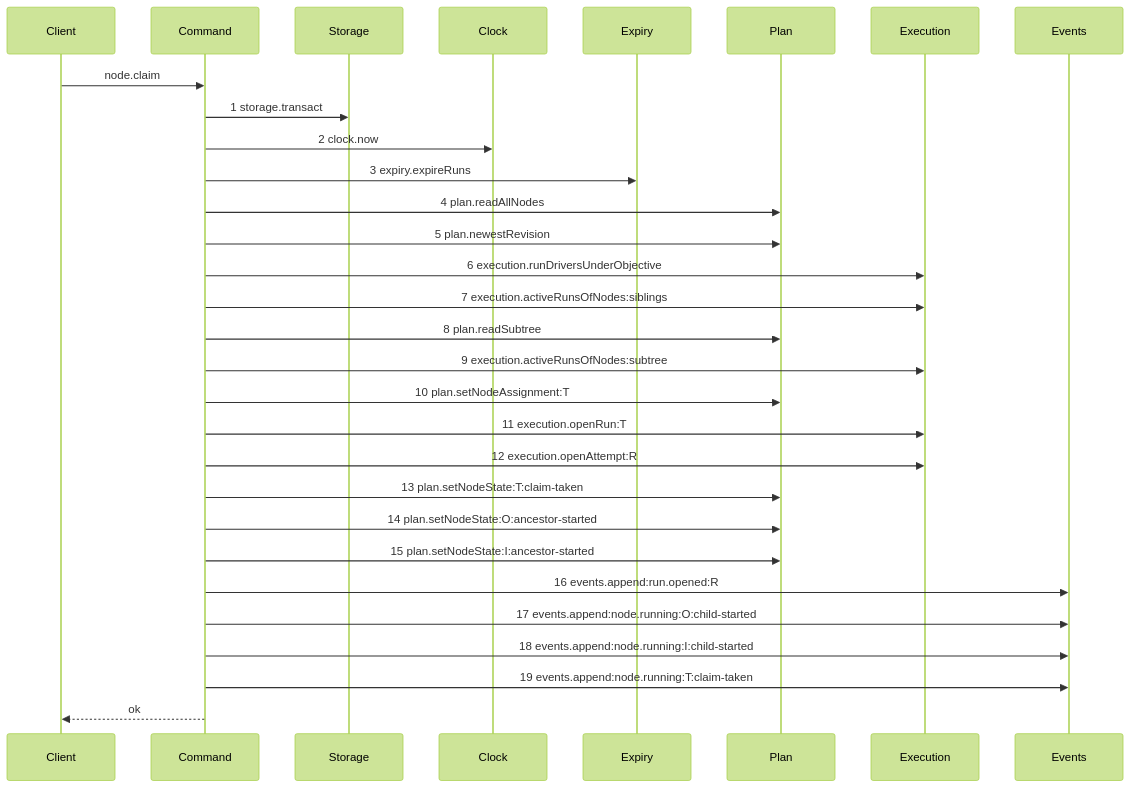
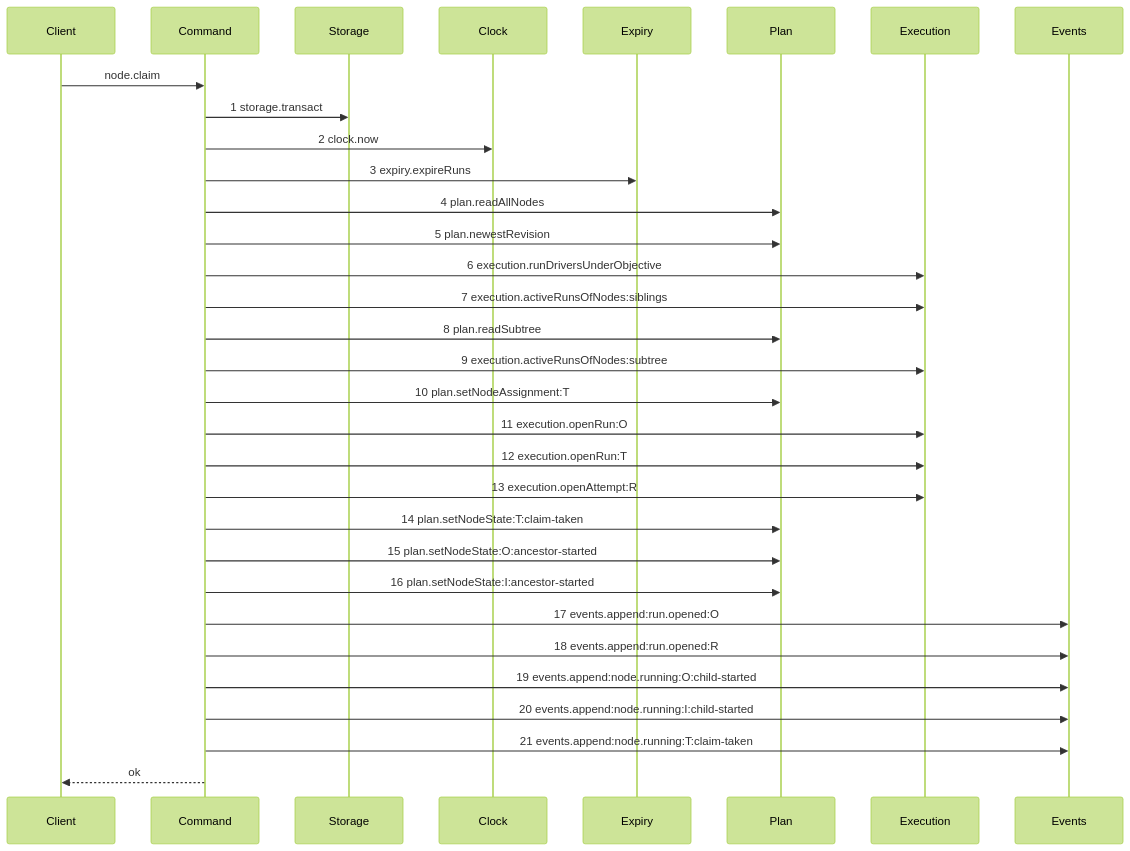
The diagram in .agents/plan/stories/050.4-the-node-lease-removal/01-the-claim-of-a-task-drops-the-lease.md (kanthorlabs/kanthord-engine), drawn with Mermaid (forest theme) before and after one commit. The commit also changed other lines of this file and 150 other files, not shown here.

````diff
--- a/.agents/plan/stories/050.4-the-node-lease-removal/01-the-claim-of-a-task-drops-the-lease.md
+++ b/.agents/plan/stories/050.4-the-node-lease-removal/01-the-claim-of-a-task-drops-the-lease.md
@@ -34,32 +34,34 @@
 ```mermaid
 sequenceDiagram
     participant Client
     participant Command
     participant Storage
     participant Clock
     participant Expiry
     participant Plan
     participant Execution
     participant Events
     Client->>Command: node.claim
     Command->>Storage: 1 storage.transact
     Command->>Clock: 2 clock.now
     Command->>Expiry: 3 expiry.expireRuns
     Command->>Plan: 4 plan.readAllNodes
     Command->>Plan: 5 plan.newestRevision
     Command->>Execution: 6 execution.runDriversUnderObjective
     Command->>Execution: 7 execution.activeRunsOfNodes:siblings
     Command->>Plan: 8 plan.readSubtree
     Command->>Execution: 9 execution.activeRunsOfNodes:subtree
     Command->>Plan: 10 plan.setNodeAssignment:T
-    Command->>Execution: 11 execution.openRun:T
-    Command->>Execution: 12 execution.openAttempt:R
-    Command->>Plan: 13 plan.setNodeState:T:claim-taken
-    Command->>Plan: 14 plan.setNodeState:O:ancestor-started
-    Command->>Plan: 15 plan.setNodeState:I:ancestor-started
-    Command->>Events: 16 events.append:run.opened:R
-    Command->>Events: 17 events.append:node.running:O:child-started
-    Command->>Events: 18 events.append:node.running:I:child-started
-    Command->>Events: 19 events.append:node.running:T:claim-taken
+    Command->>Execution: 11 execution.openRun:O
+    Command->>Execution: 12 execution.openRun:T
+    Command->>Execution: 13 execution.openAttempt:R
+    Command->>Plan: 14 plan.setNodeState:T:claim-taken
+    Command->>Plan: 15 plan.setNodeState:O:ancestor-started
+    Command->>Plan: 16 plan.setNodeState:I:ancestor-started
+    Command->>Events: 17 events.append:run.opened:O
+    Command->>Events: 18 events.append:run.opened:R
+    Command->>Events: 19 events.append:node.running:O:child-started
+    Command->>Events: 20 events.append:node.running:I:child-started
+    Command->>Events: 21 events.append:node.running:T:claim-taken
     Command-->>Client: ok
 ```
````
